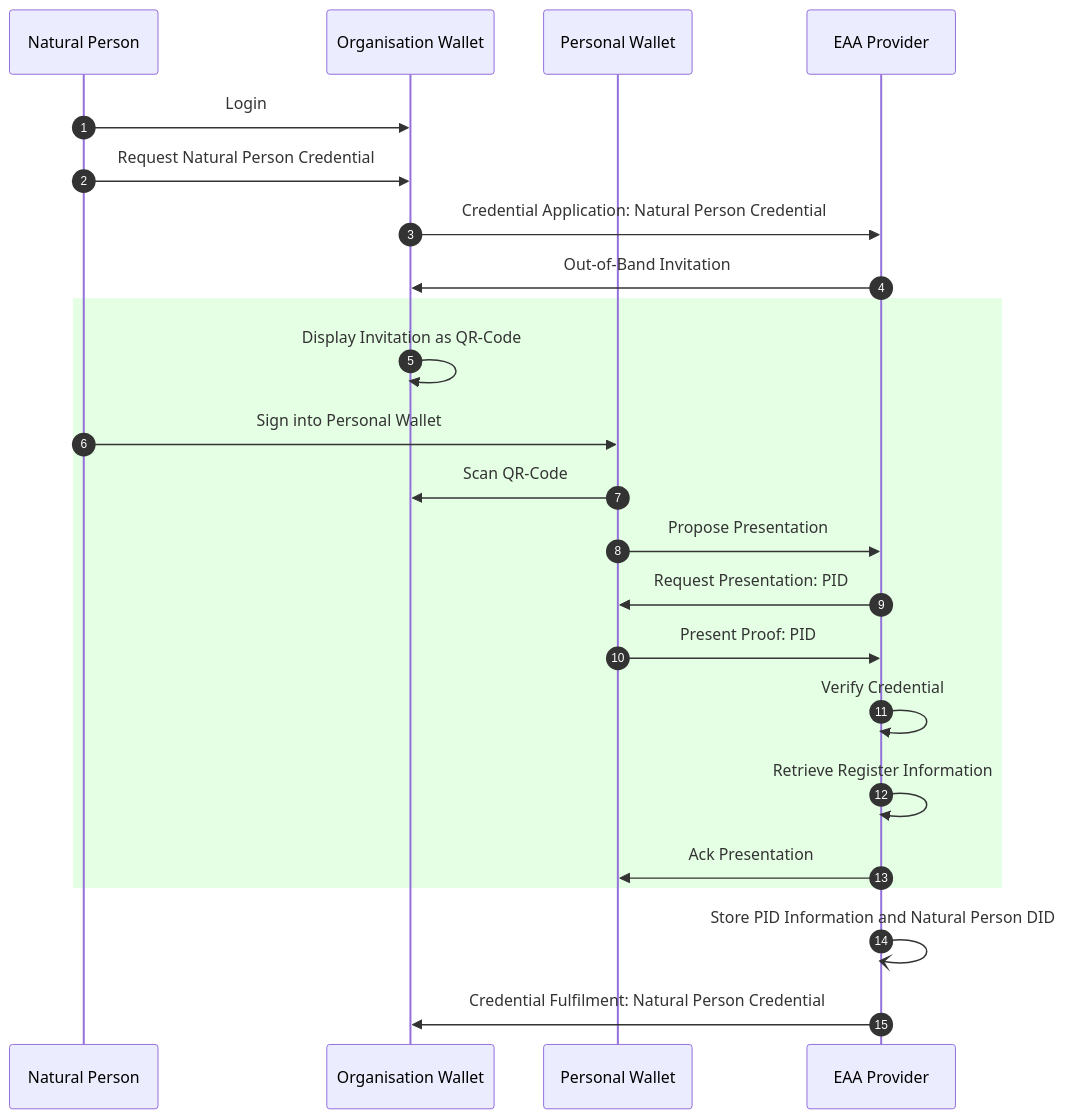
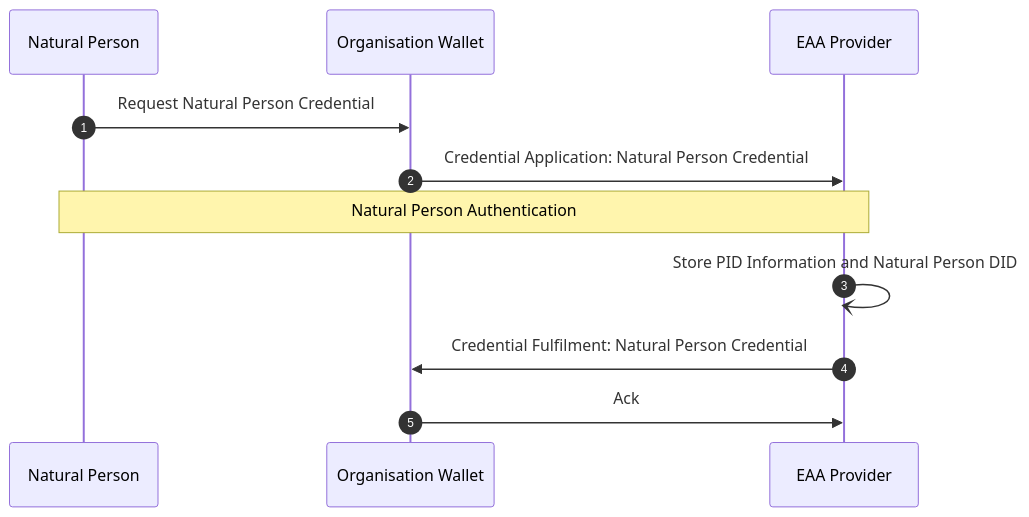
Before and after one commit to EWC-consortium/eudi-wallet-rfcs: the third of 3 diagrams in ewc-rfc010-issue-and-present-organisational-credentials.md, drawn with Mermaid. The commit also changed other lines of this file, not shown here.

Commit message:
remove authentication details

````diff
--- a/ewc-rfc010-issue-and-present-organisational-credentials.md
+++ b/ewc-rfc010-issue-and-present-organisational-credentials.md
@@ -127,33 +127,18 @@
 ```mermaid
 sequenceDiagram
     autonumber
 
     participant NP as Natural Person
     participant OrgWallet as Organisation Wallet
-    participant PWallet as Personal Wallet
     participant Issuer as EAA Provider
 
-    NP->>OrgWallet: Login
     NP->>OrgWallet: Request Natural Person Credential
 
     OrgWallet->>Issuer: Credential Application: Natural Person Credential
-    Issuer->>OrgWallet: Out-of-Band Invitation
-
-    rect rgba(0,255,0,.1)
-    OrgWallet->>OrgWallet: Display Invitation as QR-Code
-    NP->>PWallet: Sign into Personal Wallet
-    PWallet->>OrgWallet: Scan QR-Code
-
-    PWallet->>Issuer: Propose Presentation
-    Issuer->>PWallet: Request Presentation: PID
-
-    PWallet->>Issuer: Present Proof: PID
-    Issuer->>Issuer: Verify Credential
-    Issuer->>Issuer: Retrieve Register Information
-
-    Issuer->>PWallet: Ack Presentation
-    end
+    
+    Note over NP, Issuer: Natural Person Authentication
 
     Issuer-)Issuer: Store PID Information and Natural Person DID
     Issuer->>OrgWallet: Credential Fulfilment: Natural Person Credential
+    OrgWallet->>Issuer: Ack
 ```
````
